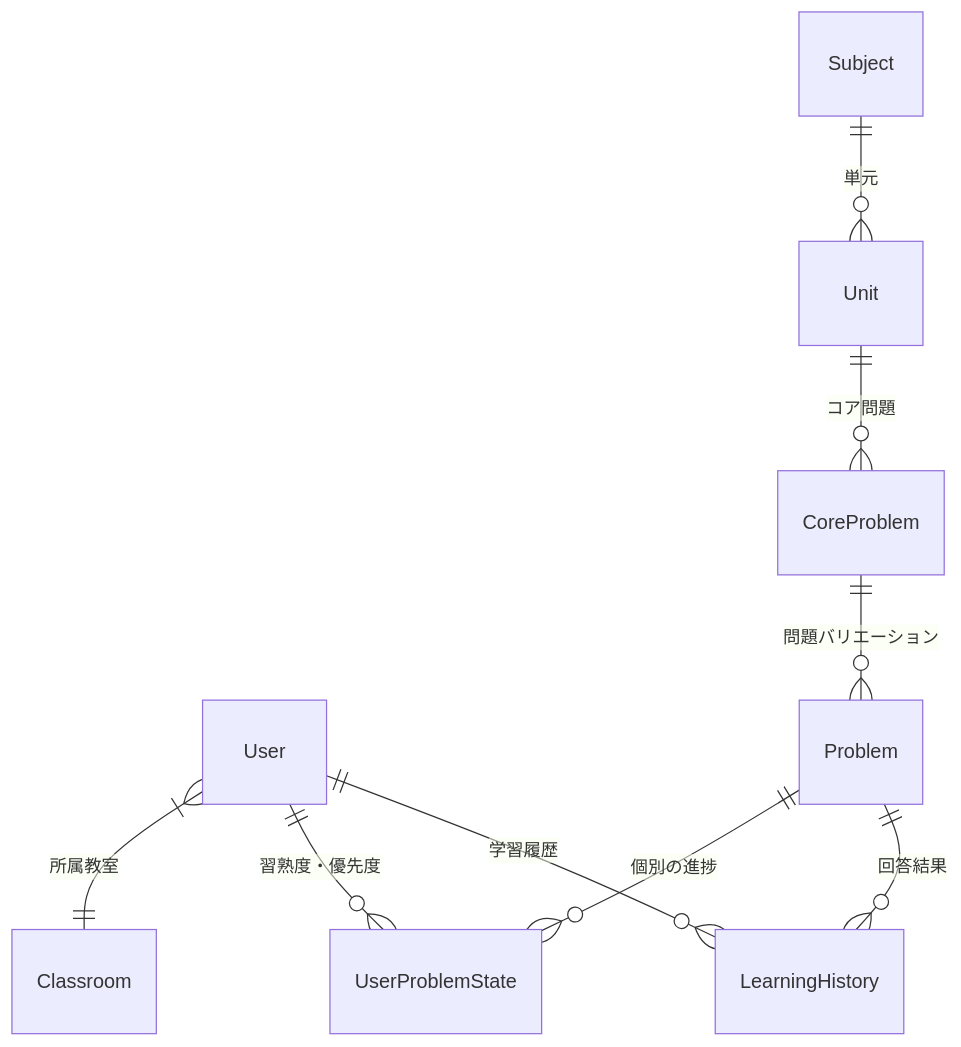
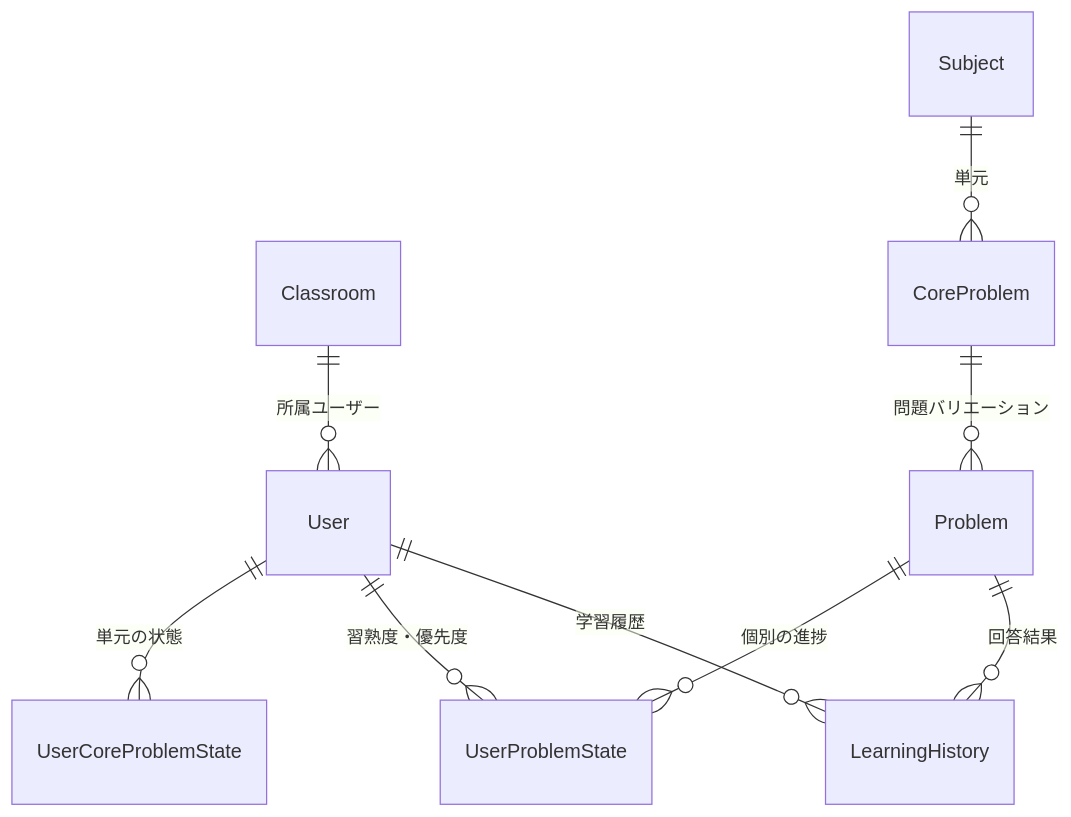
Before and after one commit to Kojok120/sullivan_web: the diagram in Architecture.md, drawn with Mermaid. The commit also changed other lines of this file and 7 other files, not shown here.

````diff
--- a/Architecture.md
+++ b/Architecture.md
@@ -62,13 +74,13 @@
 ```mermaid
 erDiagram
     User ||--o{ LearningHistory : "学習履歴"
     User ||--o{ UserProblemState : "習熟度・優先度"
-    User }|--|| Classroom : "所属教室"
-    
-    Subject ||--o{ Unit : "単元"
-    Unit ||--o{ CoreProblem : "コア問題"
+    User ||--o{ UserCoreProblemState : "単元の状態"
+    Classroom ||--o{ User : "所属ユーザー"
+
+    Subject ||--o{ CoreProblem : "単元"
     CoreProblem ||--o{ Problem : "問題バリエーション"
-    
+
     Problem ||--o{ LearningHistory : "回答結果"
     Problem ||--o{ UserProblemState : "個別の進捗"
 ```
````
